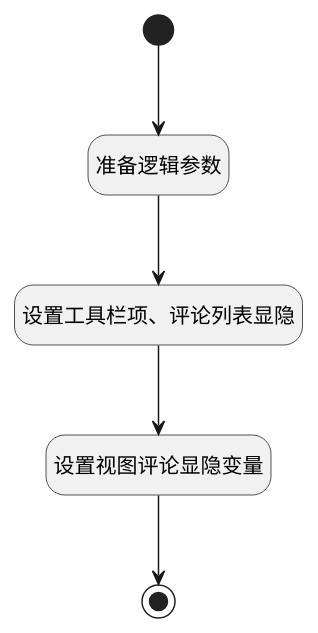
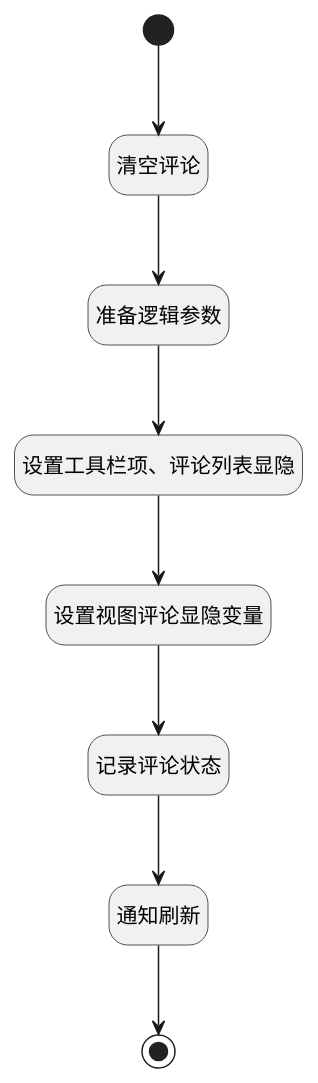
Before and after one commit to iBizLab/plm: the diagram in doc/docsify/module/Wiki/article_page/uilogic/close_comment.md, drawn with PlantUML. The commit also changed other lines of this file and 1656 other files, not shown here.

````diff
--- a/doc/docsify/module/Wiki/article_page/uilogic/close_comment.md
+++ b/doc/docsify/module/Wiki/article_page/uilogic/close_comment.md
@@ -7,25 +7,31 @@
 ```plantuml
 @startuml
 hide footbox
 <style>
 root {
   HyperlinkColor #42b983
 }
 </style>
 
 hide empty description
 state "开始" as Begin <<start>> [[$./close_comment#begin {开始}]]
+state "准备逻辑参数" as PREPAREJSPARAM1  [[$./close_comment#preparejsparam1 {准备逻辑参数}]]
 state "设置工具栏项、评论列表显隐" as PREPAREJSPARAM3  [[$./close_comment#preparejsparam3 {设置工具栏项、评论列表显隐}]]
+state "通知刷新" as RAWJSCODE2  [[$./close_comment#rawjscode2 {通知刷新}]]
 state "结束" as END1 <<end>> [[$./close_comment#end1 {结束}]]
-state "准备逻辑参数" as PREPAREJSPARAM1  [[$./close_comment#preparejsparam1 {准备逻辑参数}]]
+state "清空评论" as DEUIACTION1  [[$./close_comment#deuiaction1 {清空评论}]]
 state "设置视图评论显隐变量" as PREPAREJSPARAM4  [[$./close_comment#preparejsparam4 {设置视图评论显隐变量}]]
+state "记录评论状态" as RAWJSCODE1  [[$./close_comment#rawjscode1 {记录评论状态}]]
 
 
-Begin --> PREPAREJSPARAM1
+Begin --> DEUIACTION1
+DEUIACTION1 --> PREPAREJSPARAM1
 PREPAREJSPARAM1 --> PREPAREJSPARAM3
 PREPAREJSPARAM3 --> PREPAREJSPARAM4
-PREPAREJSPARAM4 --> END1
+PREPAREJSPARAM4 --> RAWJSCODE1
+RAWJSCODE1 --> RAWJSCODE2
+RAWJSCODE2 --> END1
 
 
 @enduml
 ```
````
